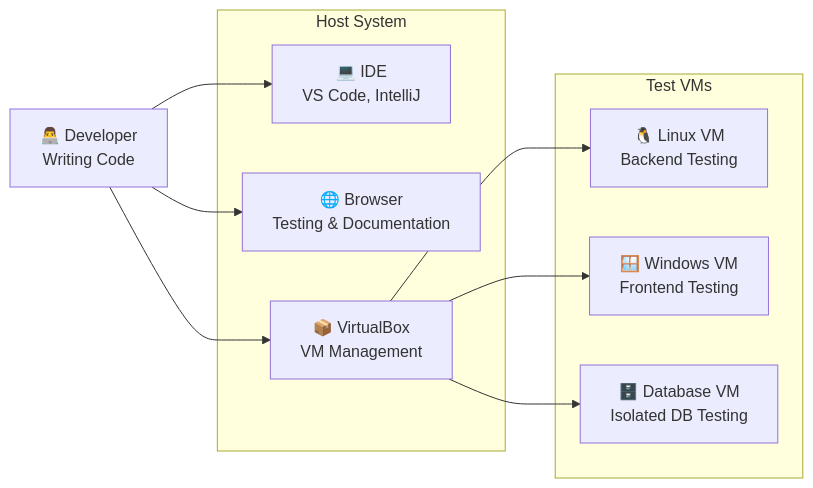
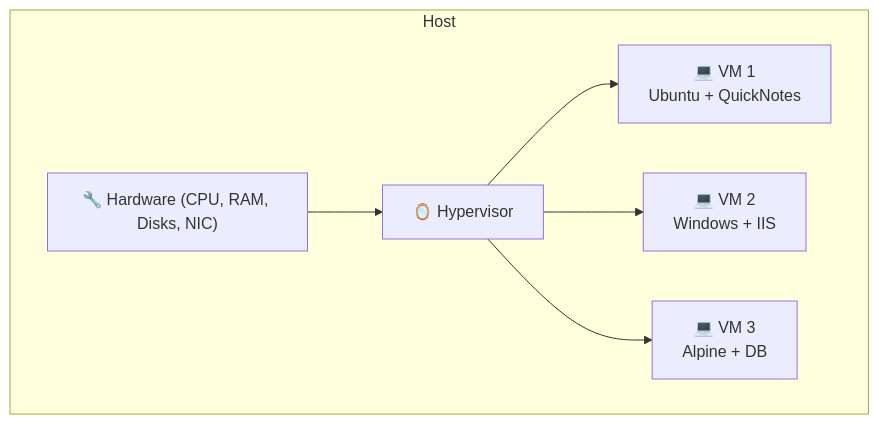
One commit to kicchhi/DevOps-Intro changed the second of 6 diagrams in lectures/lec5.md. Above: the diagram before and after it, drawn with Mermaid. The commit also changed other lines of this file and 11 other files, not shown here.

````diff
--- a/lectures/lec5.md
+++ b/lectures/lec5.md
@@ -584,24 +52,9 @@
 ```mermaid
-flowchart LR
-    developer["👨‍💻 Developer<br/>Writing Code"]
-    
-    subgraph "Host System"
-        ide["💻 IDE<br/>VS Code, IntelliJ"]
-        browser["🌐 Browser<br/>Testing & Documentation"]
-        vm_manager["📦 VirtualBox<br/>VM Management"]
+graph TB
+    subgraph "Host"
+        H1["🔧 Hardware (CPU, RAM, Disks, NIC)"] --> HV["🪞 Hypervisor"]
+        HV --> V1["💻 VM 1<br/>Ubuntu + QuickNotes"]
+        HV --> V2["💻 VM 2<br/>Windows + IIS"]
+        HV --> V3["💻 VM 3<br/>Alpine + DB"]
     end
-    
-    subgraph "Test VMs"
-        linux_vm["🐧 Linux VM<br/>Backend Testing"]
-        windows_vm["🪟 Windows VM<br/>Frontend Testing"]
-        db_vm["🗄️ Database VM<br/>Isolated DB Testing"]
-    end
-    
-    developer --> ide
-    developer --> browser
-    developer --> vm_manager
-    
-    vm_manager --> linux_vm
-    vm_manager --> windows_vm
-    vm_manager --> db_vm
 ```
````
